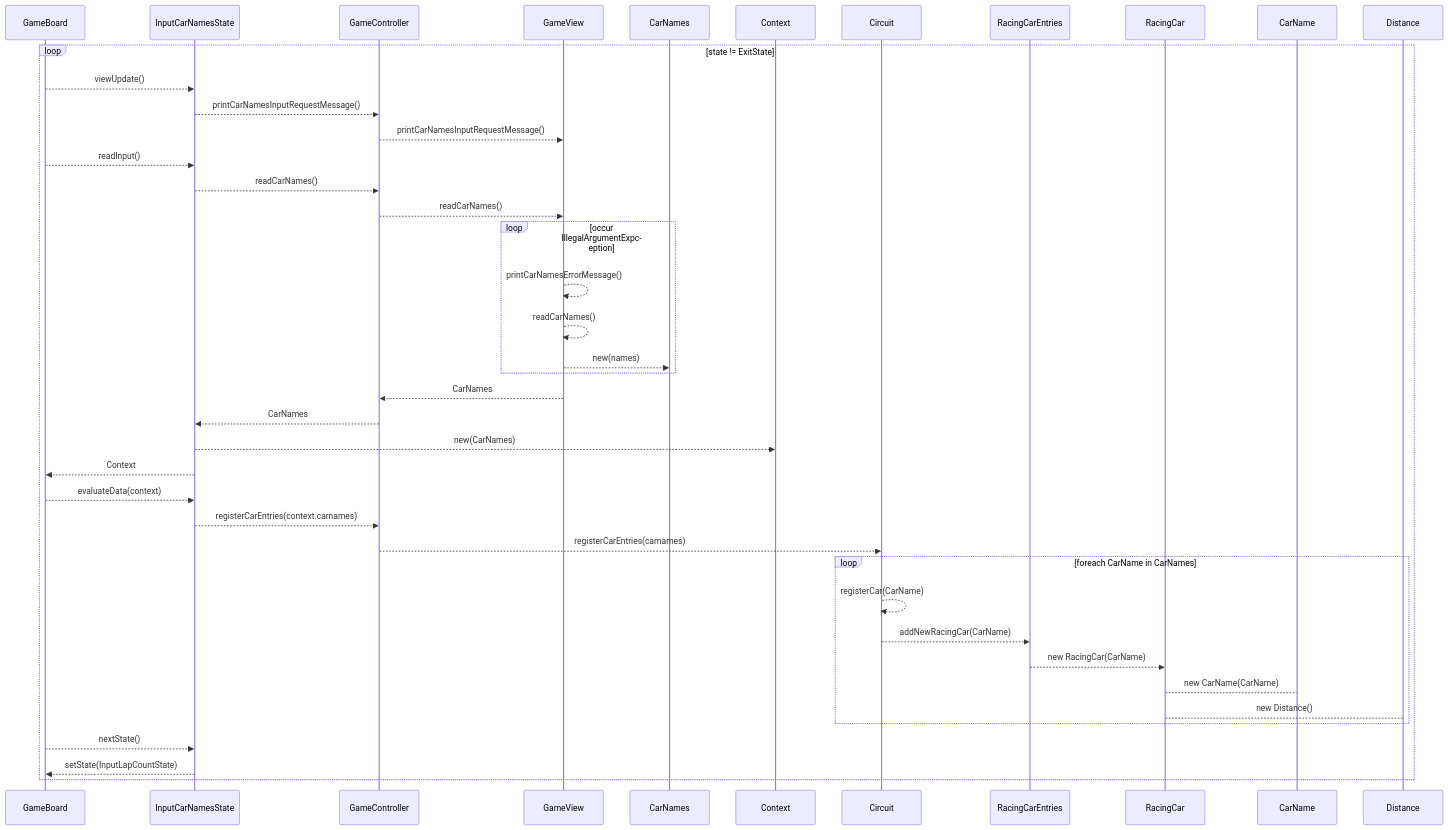
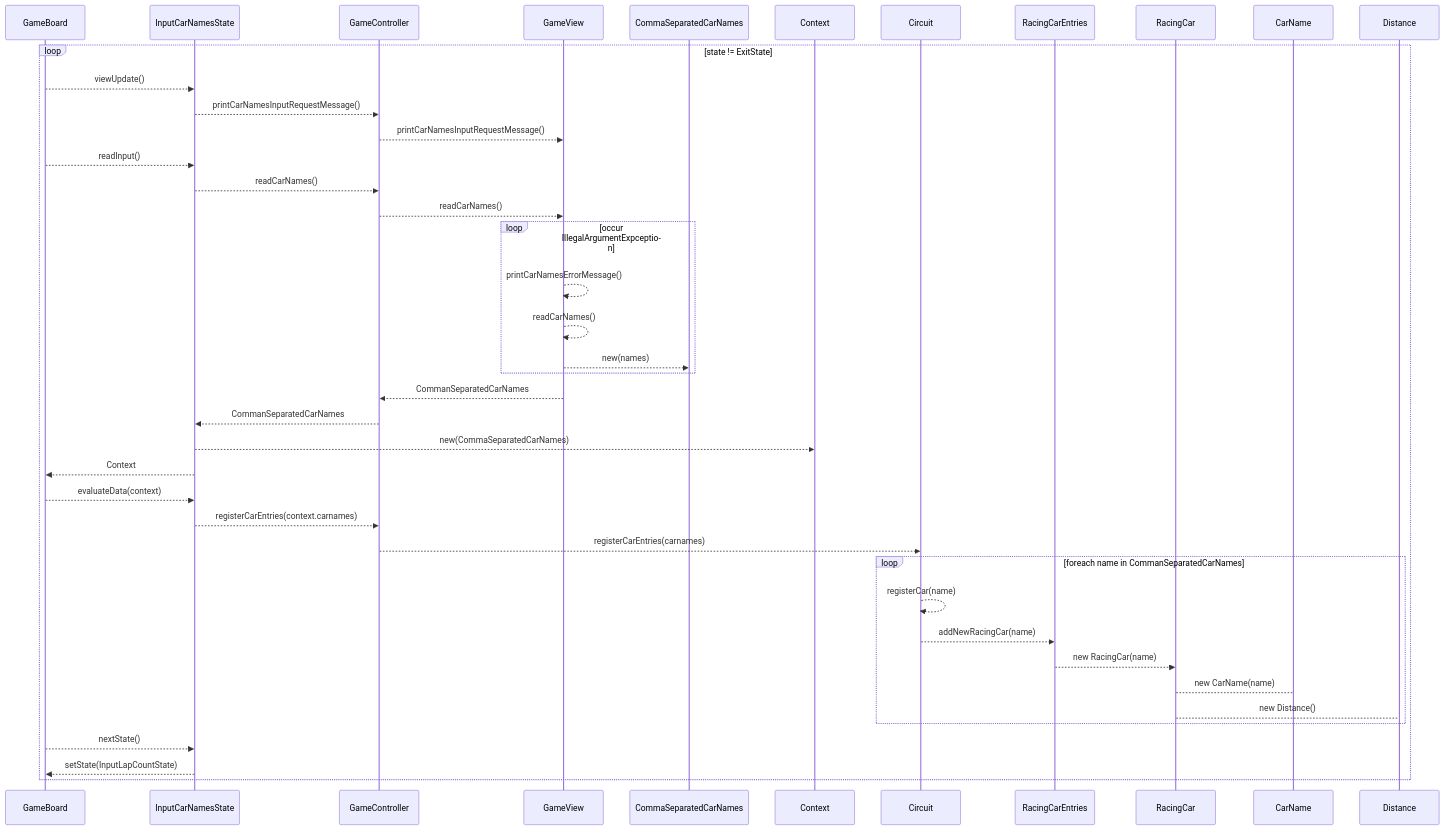
Before and after one commit to digiry/java-racingcar-precourse: the third of 8 diagrams in docs/sequence_diagram.md, drawn with Mermaid. The commit also changed other lines of this file and 2 other files, not shown here.

Commit message:
docs: rename CarNames to CommaSeparatedCarNames

````diff
--- a/docs/sequence_diagram.md
+++ b/docs/sequence_diagram.md
@@ -64,50 +64,50 @@
 ```mermaid
 sequenceDiagram
     participant GameBoard
     participant InputCarNamesState
     participant GameController
     participant GameView
-    participant CarNames
+    participant CommaSeparatedCarNames
     participant Context
     participant Circuit
     participant RacingCarEntries
     participant RacingCar
     participant CarName
     participant Distance
 
     loop state != ExitState
         GameBoard -->> InputCarNamesState: viewUpdate()
         InputCarNamesState -->> GameController: printCarNamesInputRequestMessage()
         GameController -->> GameView: printCarNamesInputRequestMessage()
 
         GameBoard -->> InputCarNamesState: readInput()
         InputCarNamesState -->> GameController: readCarNames()
         GameController -->> GameView: readCarNames()
 
         loop occur IllegalArgumentExpception
             GameView -->> GameView: printCarNamesErrorMessage()
             GameView -->> GameView: readCarNames()
-            GameView -->> CarNames: new(names)
+            GameView -->> CommaSeparatedCarNames: new(names)
         end
 
-        GameView -->> GameController : CarNames
-        GameController -->> InputCarNamesState : CarNames
-        InputCarNamesState -->> Context : new(CarNames)
+        GameView -->> GameController : CommanSeparatedCarNames
+        GameController -->> InputCarNamesState : CommanSeparatedCarNames
+        InputCarNamesState -->> Context : new(CommaSeparatedCarNames)
         InputCarNamesState -->> GameBoard : Context
 
         GameBoard -->> InputCarNamesState : evaluateData(context)
         InputCarNamesState -->> GameController : registerCarEntries(context.carnames)
         GameController -->> Circuit : registerCarEntries(carnames)
 
-        loop foreach CarName in CarNames
-            Circuit -->> Circuit : registerCar(CarName)
-            Circuit -->> RacingCarEntries : addNewRacingCar(CarName)
-            RacingCarEntries -->> RacingCar : new RacingCar(CarName)
-            RacingCar --> CarName : new CarName(CarName)
+        loop foreach name in CommanSeparatedCarNames
+            Circuit -->> Circuit : registerCar(name)
+            Circuit -->> RacingCarEntries : addNewRacingCar(name)
+            RacingCarEntries -->> RacingCar : new RacingCar(name)
+            RacingCar --> CarName : new CarName(name)
             RacingCar --> Distance : new Distance()
         end
 
         GameBoard -->> InputCarNamesState : nextState()
         InputCarNamesState -->> GameBoard : setState(InputLapCountState)
     end
 ```
````
